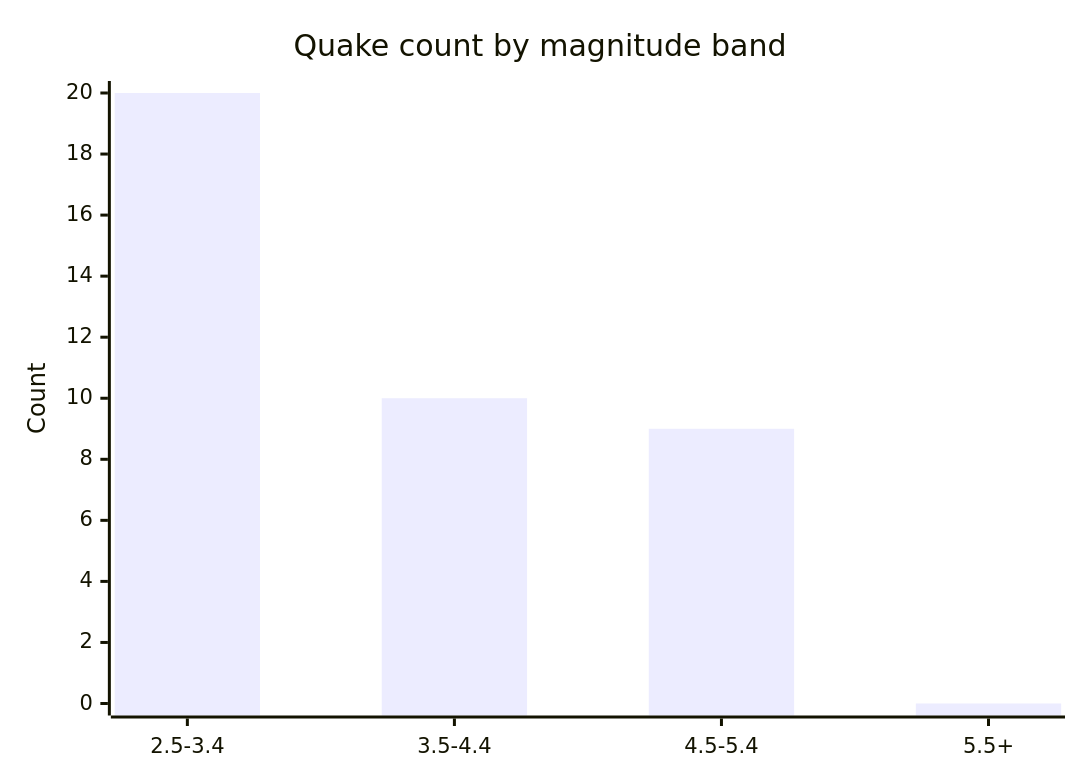
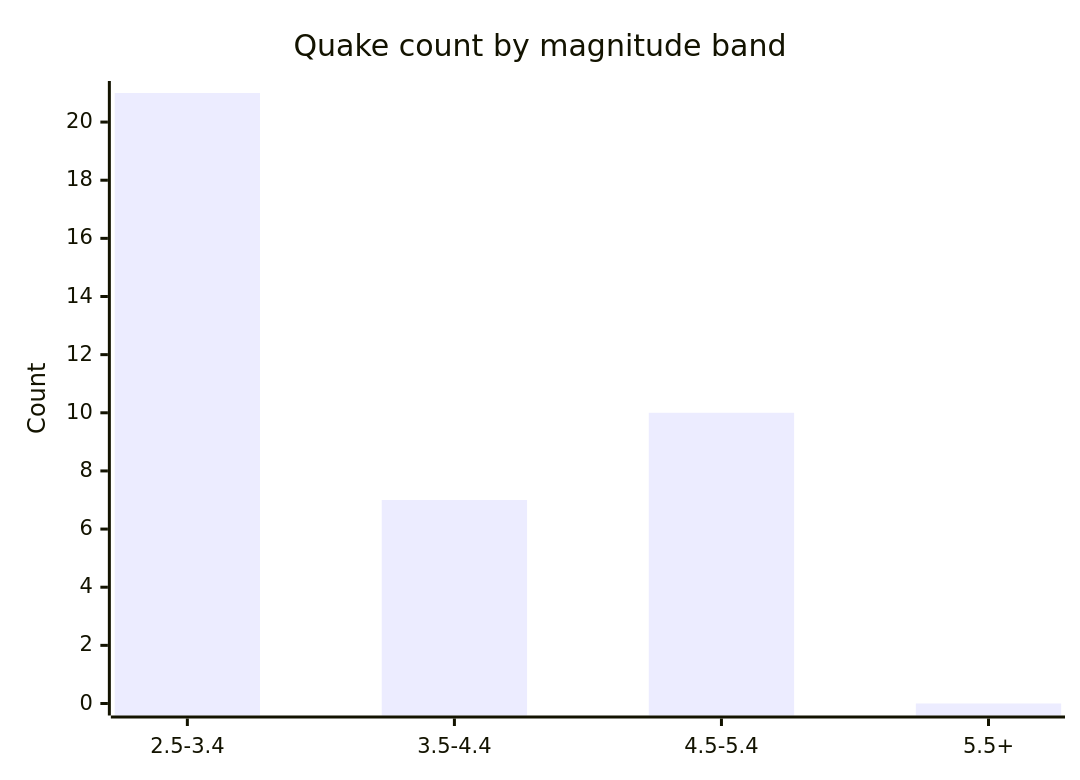
One commit to Midwest-Stratospheric/aerostratospheric-defense-gir changed the fifth of 6 diagrams in docs/GRAPHS.md. Above: the diagram before and after it, drawn with Mermaid. The commit also changed other lines of this file and 22 other files, not shown here.

````diff
--- a/docs/GRAPHS.md
+++ b/docs/GRAPHS.md
@@ -82,7 +82,7 @@
 ```mermaid
 xychart-beta
   title "Quake count by magnitude band"
   x-axis ["2.5-3.4", "3.5-4.4", "4.5-5.4", "5.5+"]
-  y-axis "Count" 0 --> 20
-  bar [20, 10, 9, 0]
+  y-axis "Count" 0 --> 21
+  bar [21, 7, 10, 0]
 ```
````
